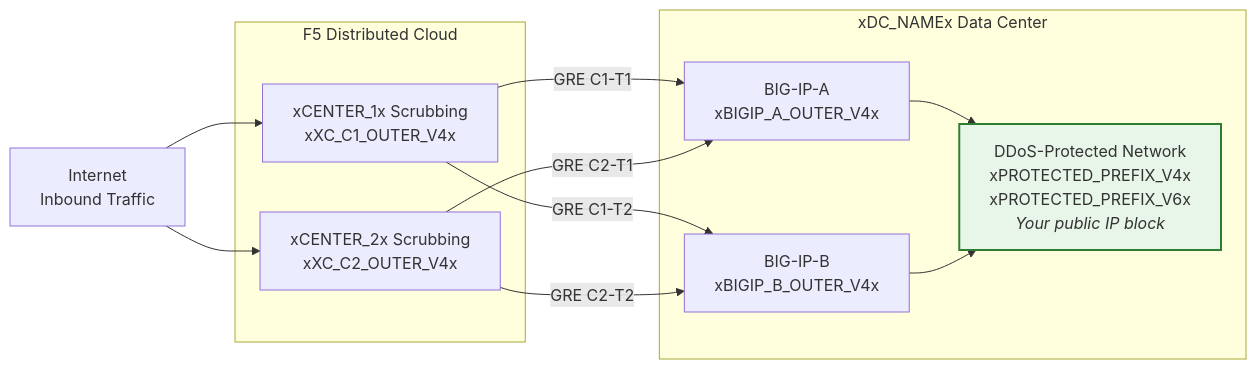
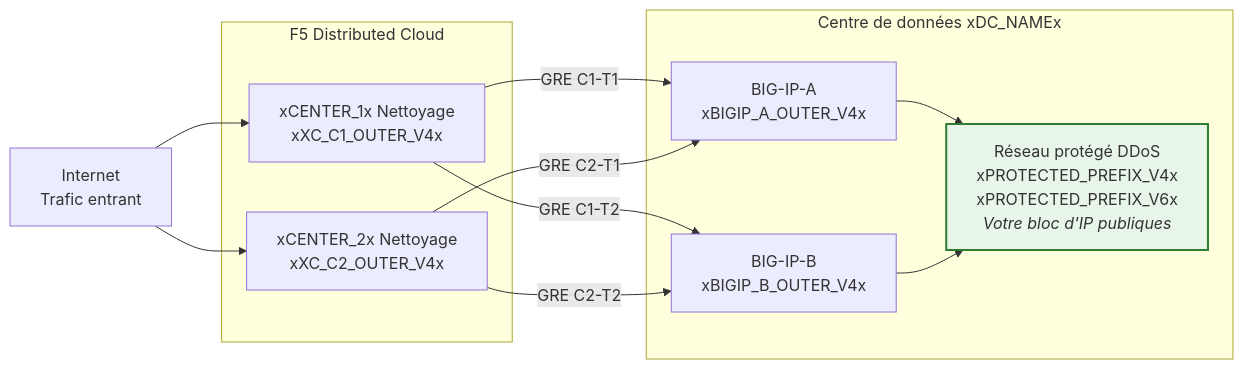
Before and after one commit to f5-sales-demo/ddos: the first of 2 diagrams in docs/fr/topology.mdx, drawn with Mermaid. The commit also changed other lines of this file and 95 other files, not shown here.

````diff
--- a/docs/fr/topology.mdx
+++ b/docs/fr/topology.mdx
@@ -33,26 +33,26 @@
 ```mermaid
 flowchart LR
-    INET["Internet<br/>Inbound Traffic"]
+    INET["Internet<br/>Trafic entrant"]
 
     subgraph XC["F5 Distributed Cloud"]
-        C1["xCENTER_1x Scrubbing<br/>xXC_C1_OUTER_V4x"]
-        C2["xCENTER_2x Scrubbing<br/>xXC_C2_OUTER_V4x"]
+        C1["xCENTER_1x Nettoyage<br/>xXC_C1_OUTER_V4x"]
+        C2["xCENTER_2x Nettoyage<br/>xXC_C2_OUTER_V4x"]
     end
 
-    subgraph DC["xDC_NAMEx Data Center"]
+    subgraph DC["Centre de données xDC_NAMEx"]
         BIGIPA["BIG-IP-A<br/>xBIGIP_A_OUTER_V4x"]
         BIGIPB["BIG-IP-B<br/>xBIGIP_B_OUTER_V4x"]
-        NET["DDoS-Protected Network<br/>xPROTECTED_PREFIX_V4x<br/>xPROTECTED_PREFIX_V6x<br/><i>Your public IP block</i>"]
+        NET["Réseau protégé DDoS<br/>xPROTECTED_PREFIX_V4x<br/>xPROTECTED_PREFIX_V6x<br/><i>Votre bloc d'IP publiques</i>"]
     end
 
     INET --> C1
     INET --> C2
     C1 -- "GRE C1-T1" --> BIGIPA
     C2 -- "GRE C2-T1" --> BIGIPA
     C1 -- "GRE C1-T2" --> BIGIPB
     C2 -- "GRE C2-T2" --> BIGIPB
     BIGIPA --> NET
     BIGIPB --> NET
 
     style NET fill:#e8f5e9,stroke:#2e7d32,stroke-width:2px
 ```
````
